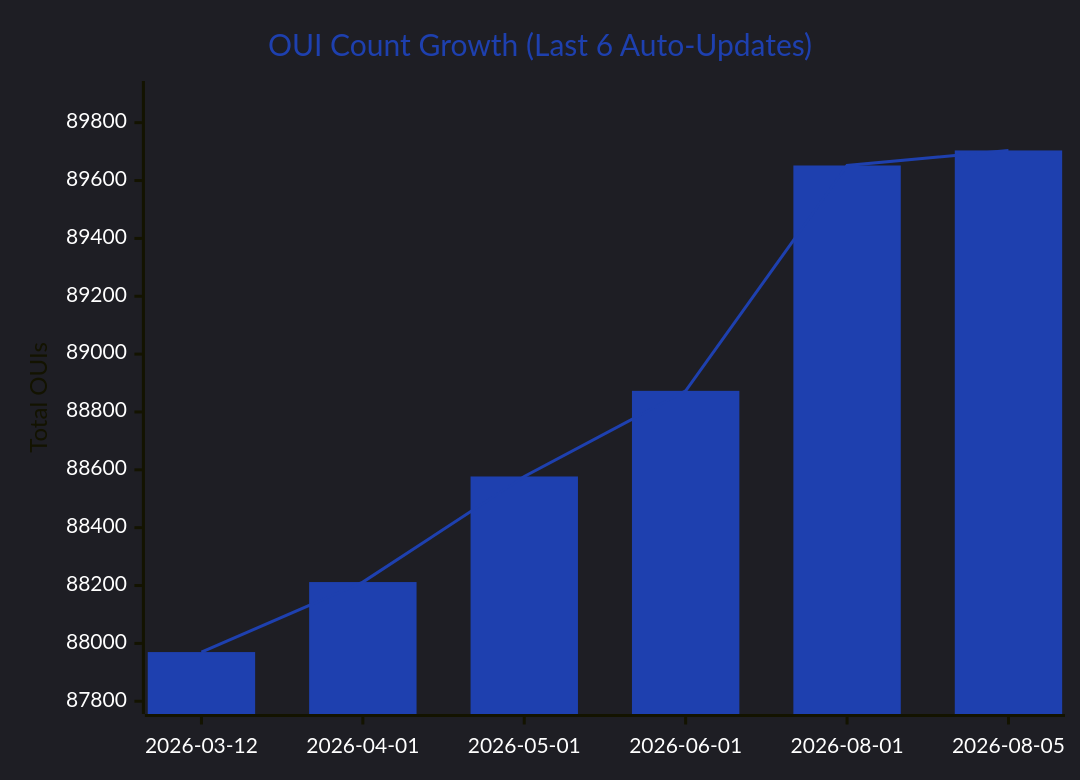
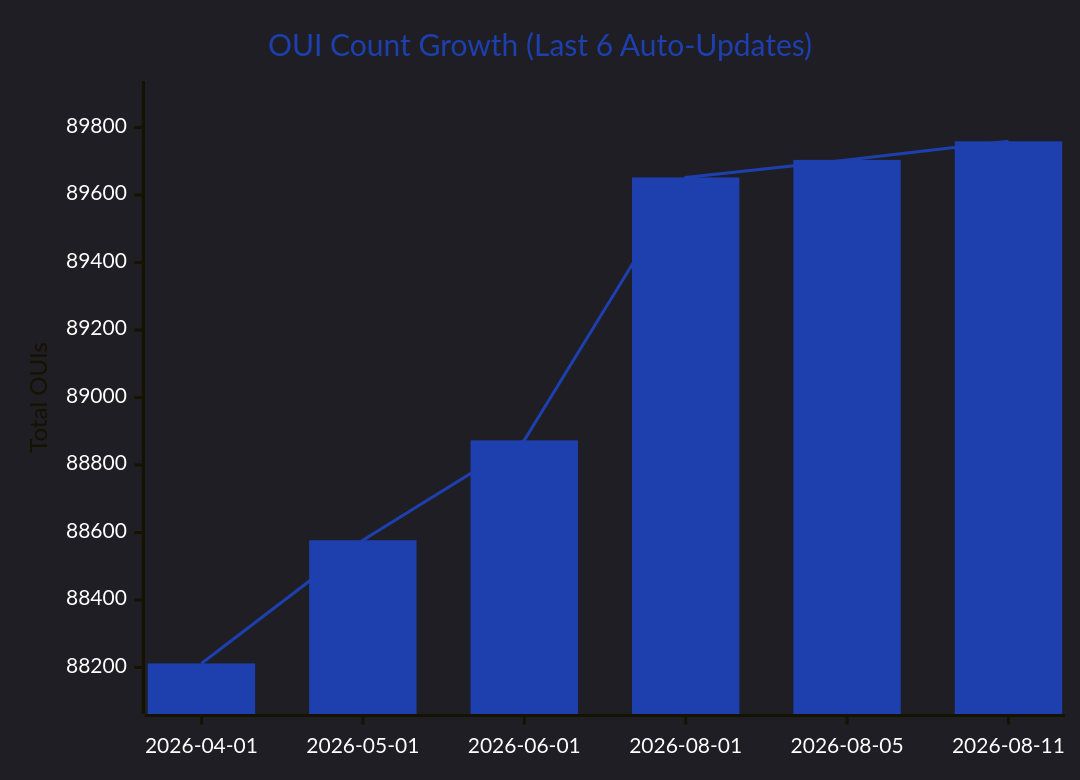
One commit to Ringmast4r/OUI-Master-Database changed the first of 5 diagrams in README.md. Above: the diagram before and after it, drawn with Mermaid. The commit also changed other lines of this file and 14 other files, not shown here.

````diff
--- a/README.md
+++ b/README.md
@@ -71,9 +71,9 @@
 ```mermaid
 %%{init: {'theme':'dark', 'themeVariables': {'xyChart': {'backgroundColor':'#00000000','plotColorPalette':'#1E40AF','titleColor':'#1E40AF','xAxisLabelColor':'#ffffff','yAxisLabelColor':'#ffffff'}}}}%%
 xychart-beta
     title "OUI Count Growth (Last 6 Auto-Updates)"
-    x-axis ["2026-03-12", "2026-04-01", "2026-05-01", "2026-06-01", "2026-08-01", "2026-08-05"]
-    y-axis "Total OUIs" 87800 --> 89900
-    bar [87970, 88212, 88577, 88873, 89652, 89704]
-    line [87970, 88212, 88577, 88873, 89652, 89704]
+    x-axis ["2026-04-01", "2026-05-01", "2026-06-01", "2026-08-01", "2026-08-05", "2026-08-11"]
+    y-axis "Total OUIs" 88100 --> 89900
+    bar [88212, 88577, 88873, 89652, 89704, 89759]
+    line [88212, 88577, 88873, 89652, 89704, 89759]
 ```
````
